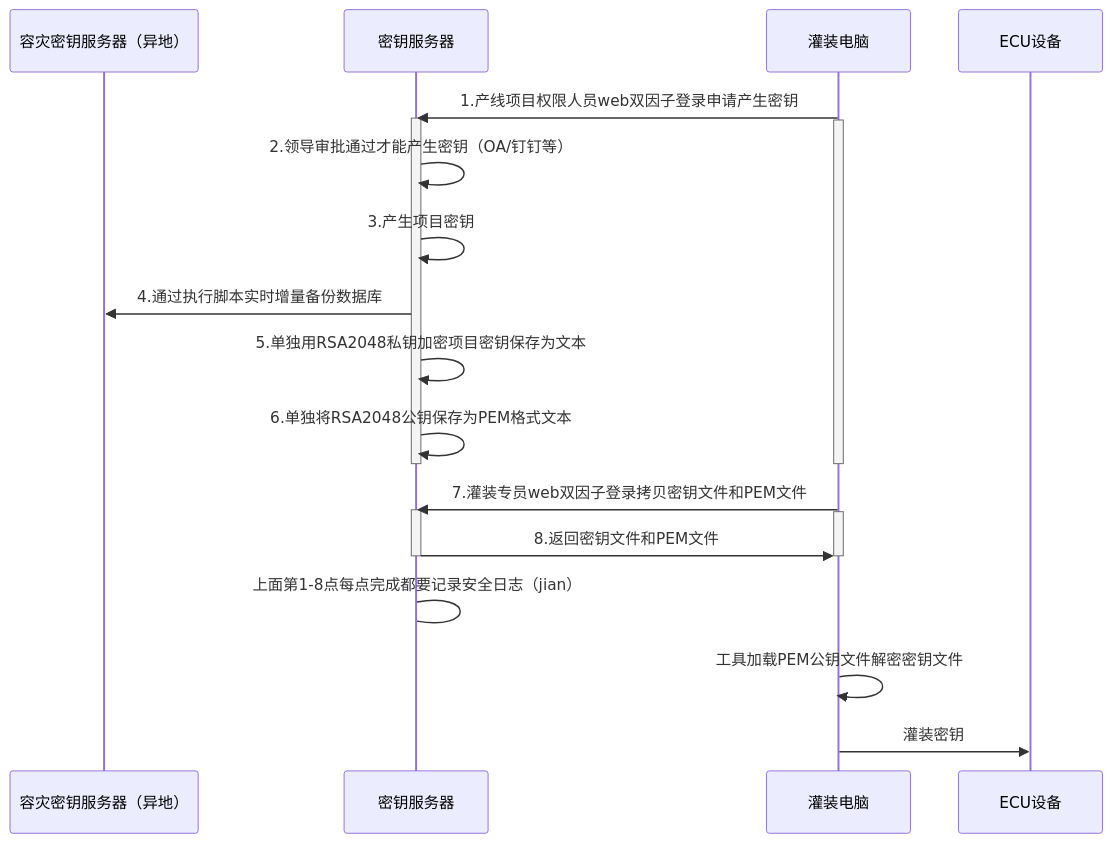
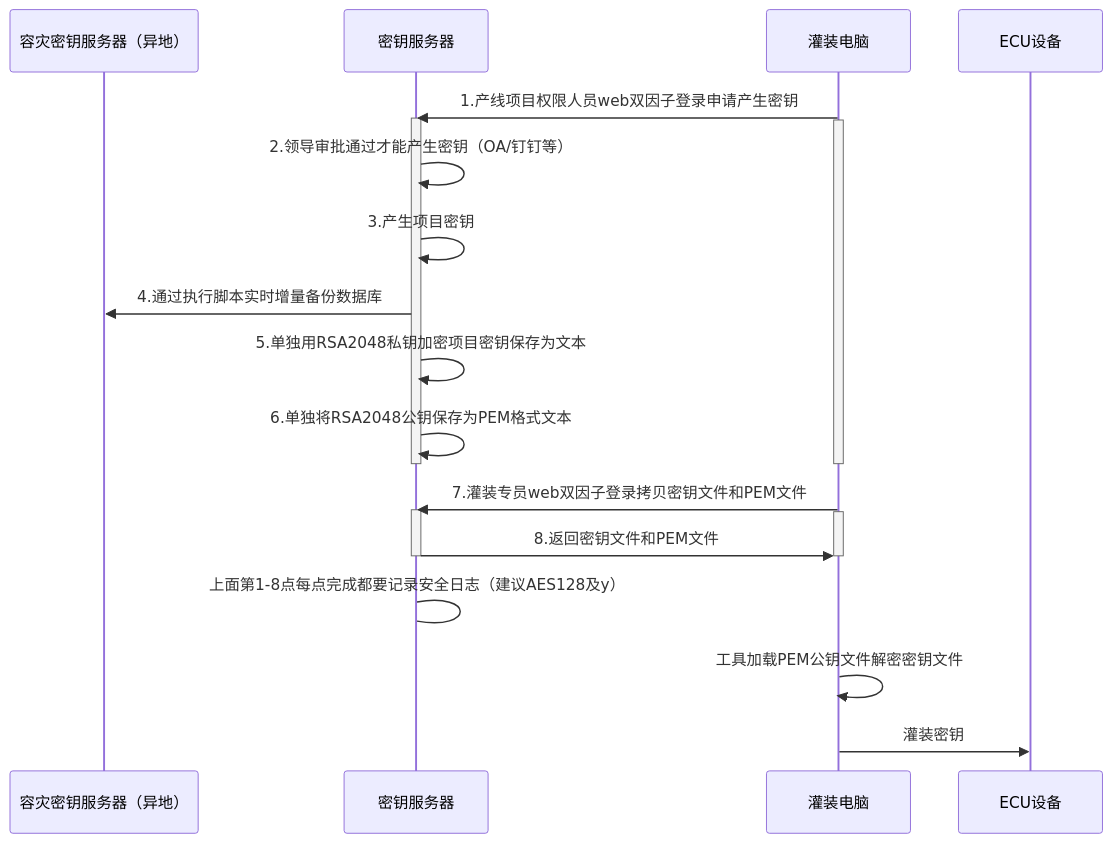
The diagram in all/未命名-15.md (facebook-cloud/iodraw-files), drawn with Mermaid before and after one commit.

Commit message:
2026-02-11 19:55:07 update

````diff
--- a/all/未命名-15.md
+++ b/all/未命名-15.md
@@ -1,32 +1,32 @@
 ```mermaid
 sequenceDiagram
     participant A as 容灾密钥服务器（异地）
     participant B as 密钥服务器
     participant D as 灌装电脑
     participant E as ECU设备
 
     
     D->>B: 1.产线项目权限人员web双因子登录申请产生密钥
     activate B
     activate D
     B->>B: 2.领导审批通过才能产生密钥（OA/钉钉等）
     B->>B: 3.产生项目密钥
     B->>A: 4.通过执行脚本实时增量备份数据库
     B->>B: 5.单独用RSA2048私钥加密项目密钥保存为文本
     B->>B: 6.单独将RSA2048公钥保存为PEM格式文本
     deactivate B
     deactivate D
 
     
     D->>B: 7.灌装专员web双因子登录拷贝密钥文件和PEM文件
     activate B
     activate D
     B->>D: 8.返回密钥文件和PEM文件
     deactivate B
     deactivate D
-    B->B: 上面第1-8点每点完成都要记录安全日志（jian）
+    B->B: 上面第1-8点每点完成都要记录安全日志（建议AES128及y）
 
     D->>D:工具加载PEM公钥文件解密密钥文件
     
     D->>E: 灌装密钥
 ```
````
